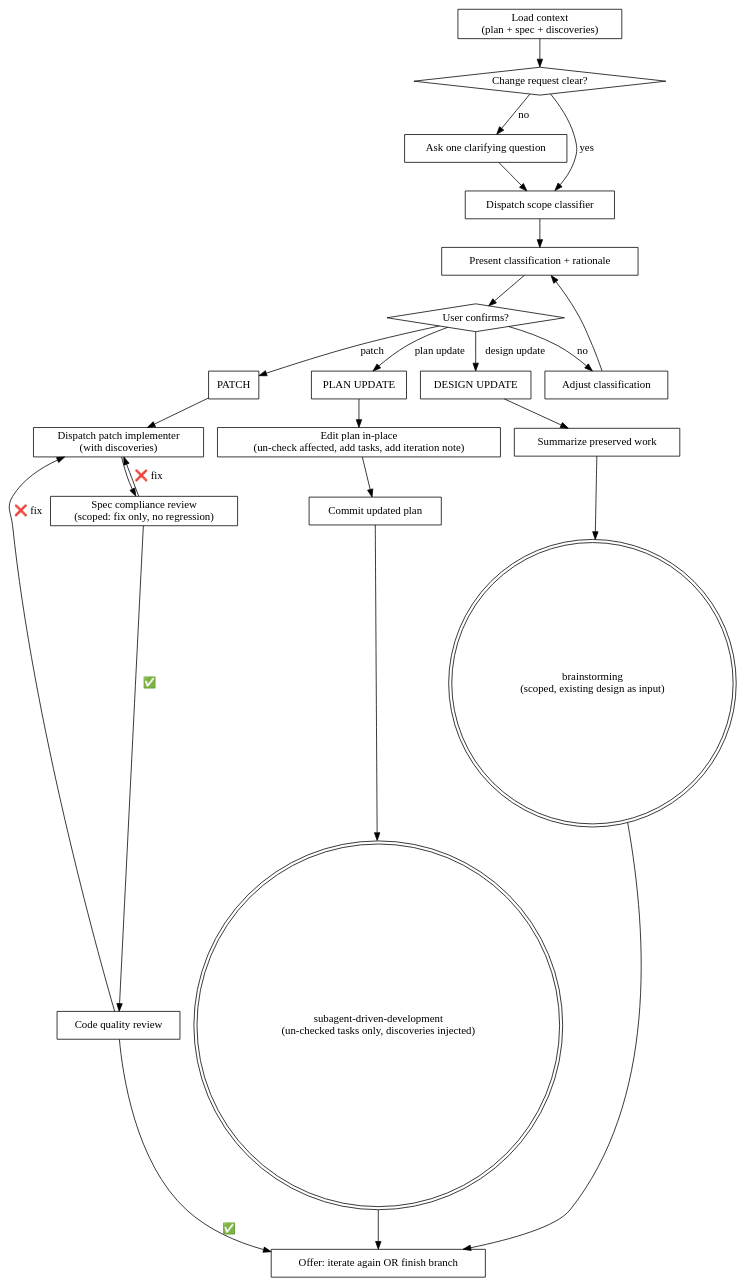
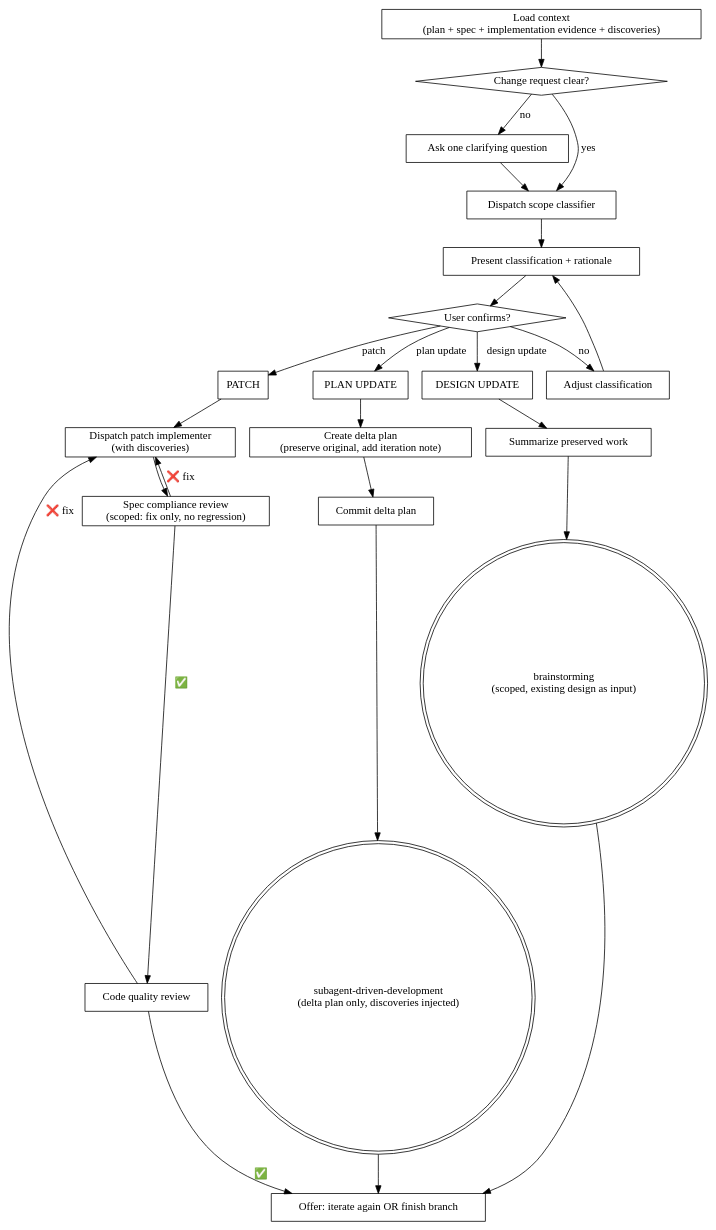
Before and after one commit to obra/superpowers: the diagram in skills/iterating-on-plans/SKILL.md, drawn with Graphviz. The commit also changed other lines of this file and 2 other files, not shown here.

````diff
--- a/skills/iterating-on-plans/SKILL.md
+++ b/skills/iterating-on-plans/SKILL.md
@@ -179,58 +203,58 @@
 ```dot
 digraph iterating_on_plans {
     rankdir=TB;
 
-    "Load context\n(plan + spec + discoveries)" [shape=box];
+    "Load context\n(plan + spec + implementation evidence + discoveries)" [shape=box];
     "Change request clear?" [shape=diamond];
     "Ask one clarifying question" [shape=box];
     "Dispatch scope classifier" [shape=box];
     "Present classification + rationale" [shape=box];
     "User confirms?" [shape=diamond];
     "Adjust classification" [shape=box];
 
     "PATCH" [shape=box];
     "PLAN UPDATE" [shape=box];
     "DESIGN UPDATE" [shape=box];
 
     "Dispatch patch implementer\n(with discoveries)" [shape=box];
     "Spec compliance review\n(scoped: fix only, no regression)" [shape=box];
     "Code quality review" [shape=box];
 
-    "Edit plan in-place\n(un-check affected, add tasks, add iteration note)" [shape=box];
-    "Commit updated plan" [shape=box];
-    "subagent-driven-development\n(un-checked tasks only, discoveries injected)" [shape=doublecircle];
+    "Create delta plan\n(preserve original, add iteration note)" [shape=box];
+    "Commit delta plan" [shape=box];
+    "subagent-driven-development\n(delta plan only, discoveries injected)" [shape=doublecircle];
 
     "Summarize preserved work" [shape=box];
     "brainstorming\n(scoped, existing design as input)" [shape=doublecircle];
 
     "Offer: iterate again OR finish branch" [shape=box];
 
-    "Load context\n(plan + spec + discoveries)" -> "Change request clear?";
+    "Load context\n(plan + spec + implementation evidence + discoveries)" -> "Change request clear?";
     "Change request clear?" -> "Ask one clarifying question" [label="no"];
     "Ask one clarifying question" -> "Dispatch scope classifier";
     "Change request clear?" -> "Dispatch scope classifier" [label="yes"];
     "Dispatch scope classifier" -> "Present classification + rationale";
     "Present classification + rationale" -> "User confirms?" ;
     "User confirms?" -> "Adjust classification" [label="no"];
     "Adjust classification" -> "Present classification + rationale";
     "User confirms?" -> "PATCH" [label="patch"];
     "User confirms?" -> "PLAN UPDATE" [label="plan update"];
     "User confirms?" -> "DESIGN UPDATE" [label="design update"];
 
     "PATCH" -> "Dispatch patch implementer\n(with discoveries)";
     "Dispatch patch implementer\n(with discoveries)" -> "Spec compliance review\n(scoped: fix only, no regression)";
     "Spec compliance review\n(scoped: fix only, no regression)" -> "Code quality review" [label="✅"];
     "Spec compliance review\n(scoped: fix only, no regression)" -> "Dispatch patch implementer\n(with discoveries)" [label="❌ fix"];
     "Code quality review" -> "Offer: iterate again OR finish branch" [label="✅"];
     "Code quality review" -> "Dispatch patch implementer\n(with discoveries)" [label="❌ fix"];
 
-    "PLAN UPDATE" -> "Edit plan in-place\n(un-check affected, add tasks, add iteration note)";
-    "Edit plan in-place\n(un-check affected, add tasks, add iteration note)" -> "Commit updated plan";
-    "Commit updated plan" -> "subagent-driven-development\n(un-checked tasks only, discoveries injected)";
-    "subagent-driven-development\n(un-checked tasks only, discoveries injected)" -> "Offer: iterate again OR finish branch";
+    "PLAN UPDATE" -> "Create delta plan\n(preserve original, add iteration note)";
+    "Create delta plan\n(preserve original, add iteration note)" -> "Commit delta plan";
+    "Commit delta plan" -> "subagent-driven-development\n(delta plan only, discoveries injected)";
+    "subagent-driven-development\n(delta plan only, discoveries injected)" -> "Offer: iterate again OR finish branch";
 
     "DESIGN UPDATE" -> "Summarize preserved work";
     "Summarize preserved work" -> "brainstorming\n(scoped, existing design as input)";
     "brainstorming\n(scoped, existing design as input)" -> "Offer: iterate again OR finish branch";
 }
 ```
````
